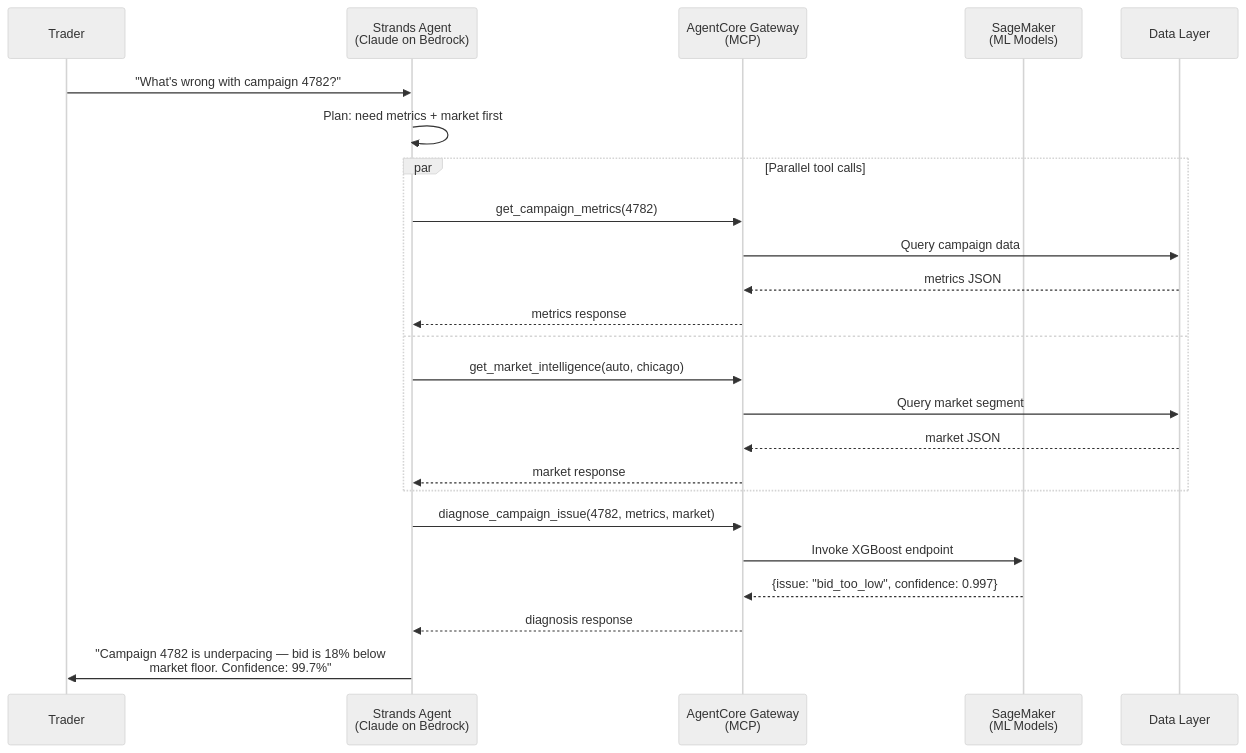
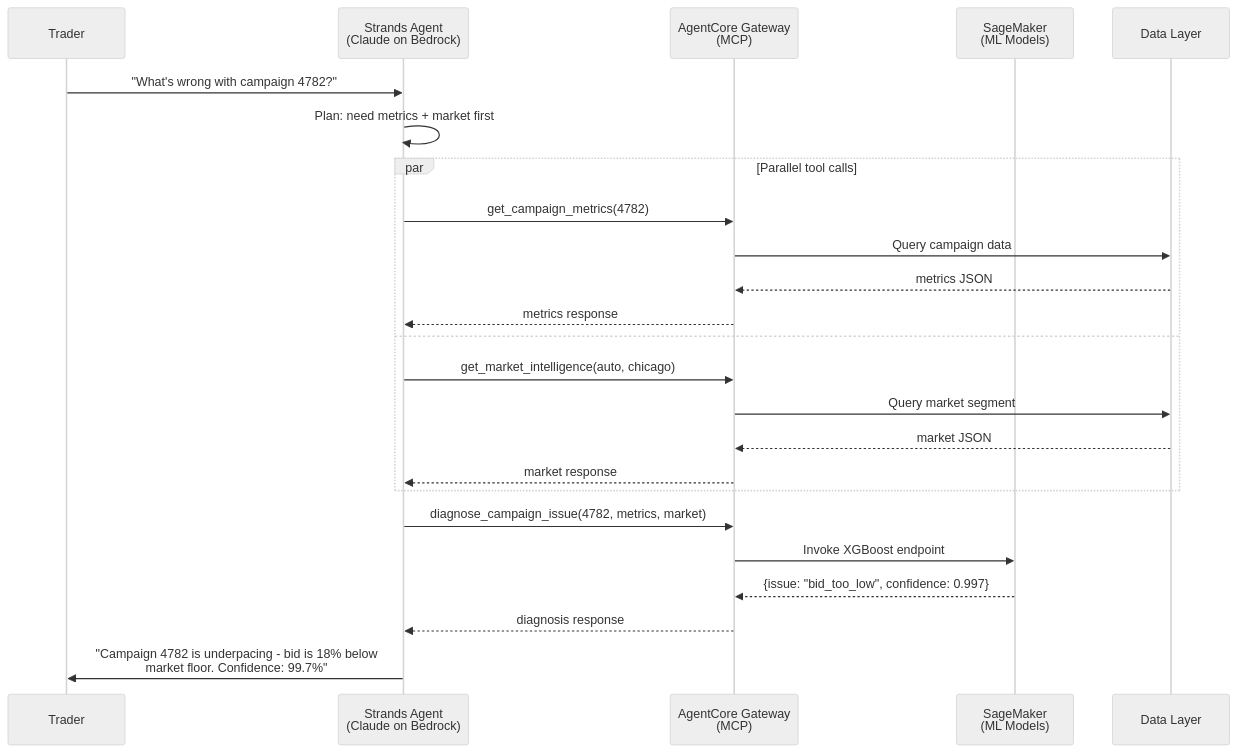
One commit to aws-samples/sample-agentic-campaign-mgmt changed the fifth of 7 diagrams in README.md. Above: the diagram before and after it, drawn with Mermaid (neutral theme). The commit also changed other lines of this file, not shown here.

````diff
--- a/README.md
+++ b/README.md
@@ -344,30 +388,30 @@
 ```mermaid
 sequenceDiagram
     participant T as Trader
     participant A as Strands Agent<br/>(Claude on Bedrock)
     participant GW as AgentCore Gateway<br/>(MCP)
     participant ML as SageMaker<br/>(ML Models)
     participant D as Data Layer
 
     T->>A: "What's wrong with campaign 4782?"
     A->>A: Plan: need metrics + market first
 
     par Parallel tool calls
         A->>GW: get_campaign_metrics(4782)
         GW->>D: Query campaign data
         D-->>GW: metrics JSON
         GW-->>A: metrics response
     and
         A->>GW: get_market_intelligence(auto, chicago)
         GW->>D: Query market segment
         D-->>GW: market JSON
         GW-->>A: market response
     end
 
     A->>GW: diagnose_campaign_issue(4782, metrics, market)
     GW->>ML: Invoke XGBoost endpoint
     ML-->>GW: {issue: "bid_too_low", confidence: 0.997}
     GW-->>A: diagnosis response
 
-    A->>T: "Campaign 4782 is underpacing — bid is 18% below<br/>market floor. Confidence: 99.7%"
+    A->>T: "Campaign 4782 is underpacing - bid is 18% below<br/>market floor. Confidence: 99.7%"
 ```
````
